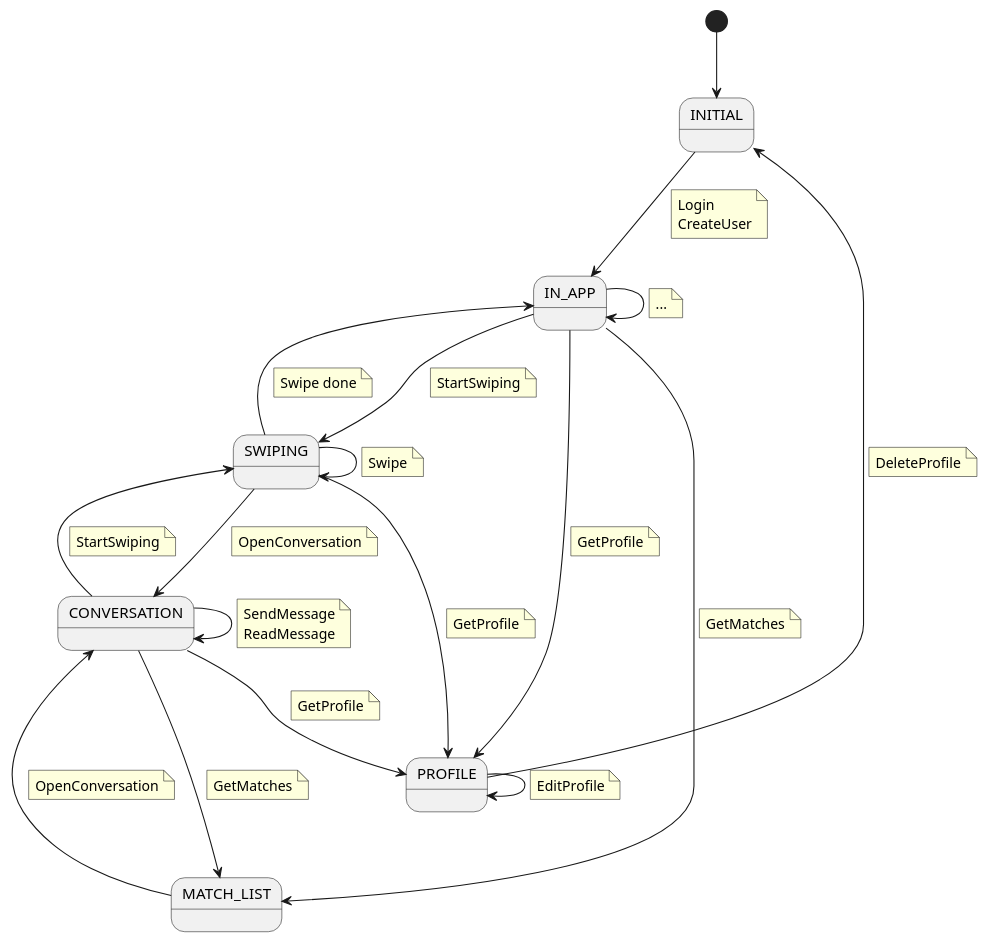
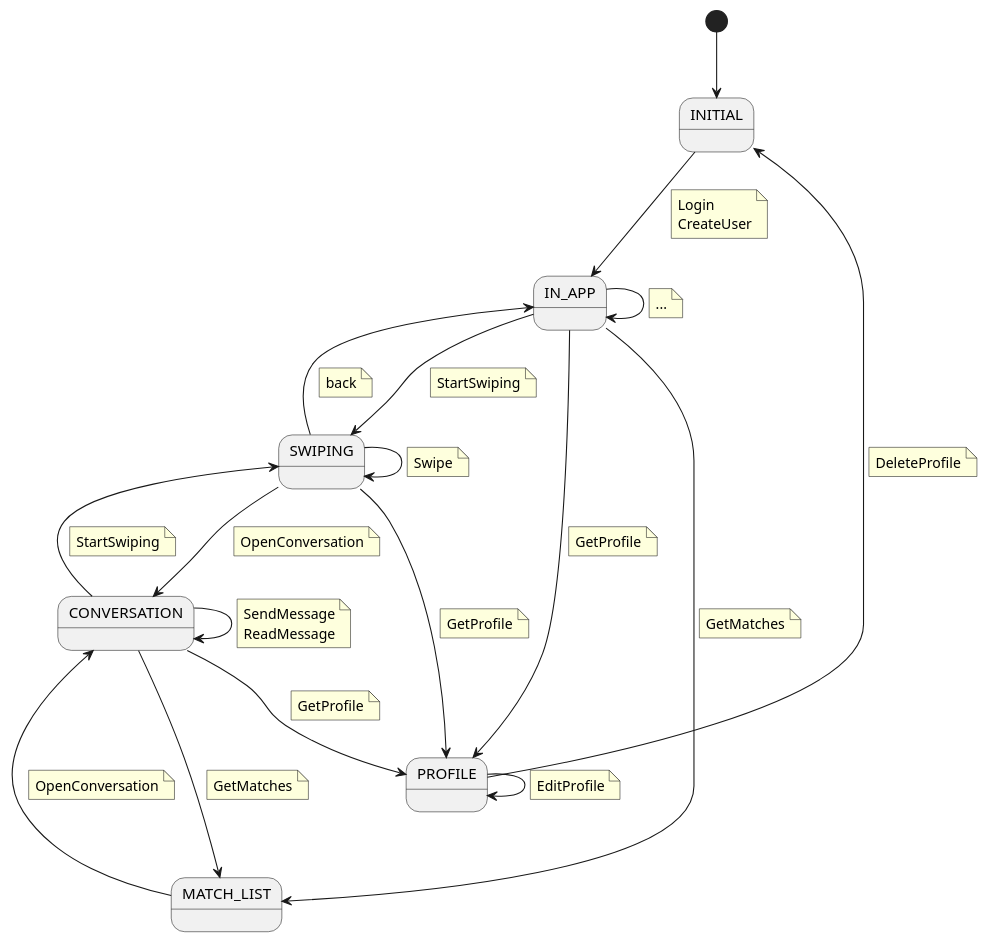
One commit to fraylopez/tinder changed the diagram in docs/src/use-cases/tinder-context.puml. Above: the diagram before and after it, drawn with PlantUML. The commit also changed 2 other files, not shown here.

```diff
--- a/docs/src/use-cases/tinder-context.puml
+++ b/docs/src/use-cases/tinder-context.puml
@@ -1,82 +1,82 @@
 @startuml
 
 state INITIAL
 state SWIPING
 state CONVERSATION
 state PROFILE
 state MATCH_LIST
 
 [*] --> INITIAL
 INITIAL --> IN_APP
 note on link
 Login
 CreateUser
 end note
 IN_APP --> SWIPING
 note on link
 StartSwiping
 endnote
 SWIPING --> SWIPING
 note on link
 Swipe
 endnote
 IN_APP --> IN_APP
 note on link
 ...
 end note
 IN_APP --> MATCH_LIST
 note on link
 GetMatches
 endnote
 MATCH_LIST --> CONVERSATION
 note on link
 OpenConversation
 endnote
 CONVERSATION ---> MATCH_LIST
 note on link
 GetMatches
 endnote
 CONVERSATION --> CONVERSATION
 note on link
 SendMessage
 ReadMessage
 end note
 IN_APP --> PROFILE
 note on link
 GetProfile
 end note
 PROFILE --> PROFILE
 note on link
 EditProfile
 end note
 PROFILE --> INITIAL
 note on link
 DeleteProfile
 end note
 
 CONVERSATION --> PROFILE
 note on link
 GetProfile
 end note
 SWIPING --> PROFILE
 note on link
 GetProfile
 end note
 SWIPING --> CONVERSATION
 note on link
 OpenConversation
 end note
 CONVERSATION --> SWIPING
 note on link
 StartSwiping
 end note
 
 SWIPING --> IN_APP
 note on link
-Swipe done
+back
 end note
 
 
 
 
 @enduml
```
